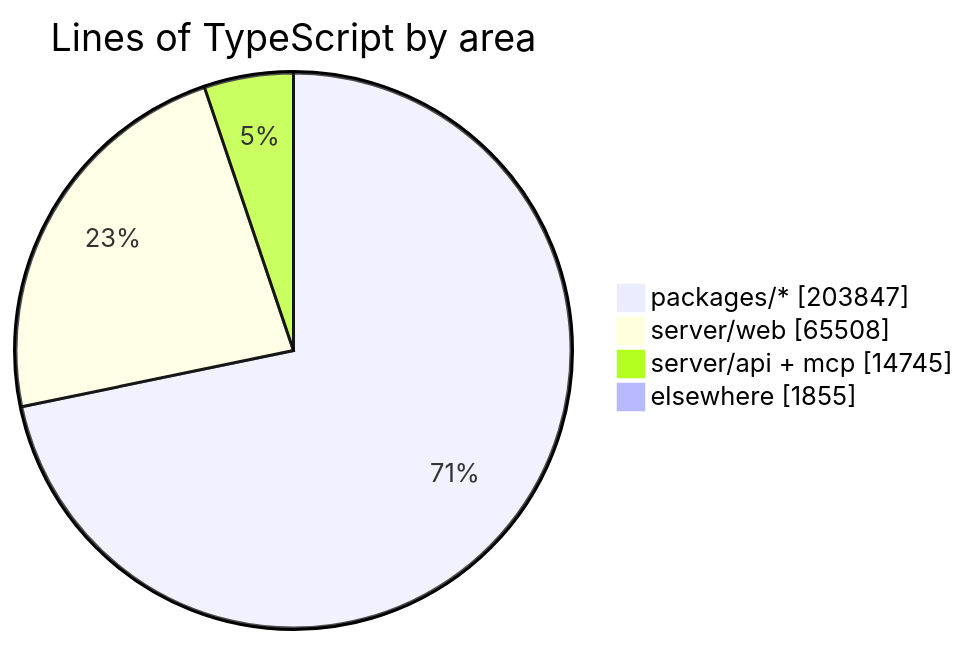
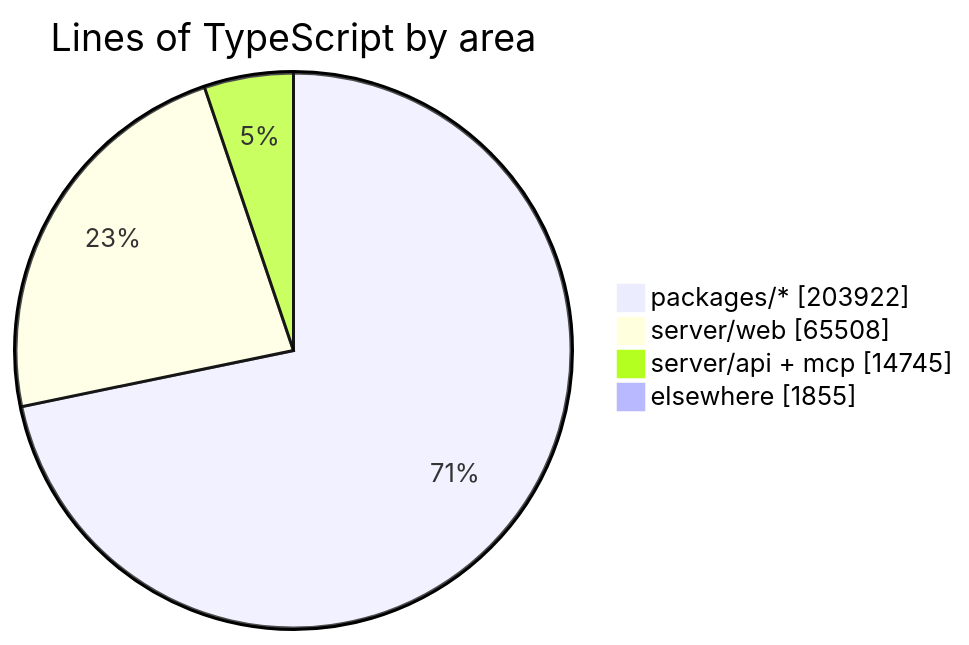
One commit to crossworks-engineering/mantle changed the diagram in README.md. Above: the diagram before and after it, drawn with Mermaid. The commit also changed other lines of this file and 2 other files, not shown here.

````diff
--- a/README.md
+++ b/README.md
@@ -287,7 +287,7 @@
 ```mermaid
 pie showData title Lines of TypeScript by area
-    "packages/*" : 203847
+    "packages/*" : 203922
     "server/web" : 65508
     "server/api + mcp" : 14745
     "elsewhere" : 1855
 ```
````
